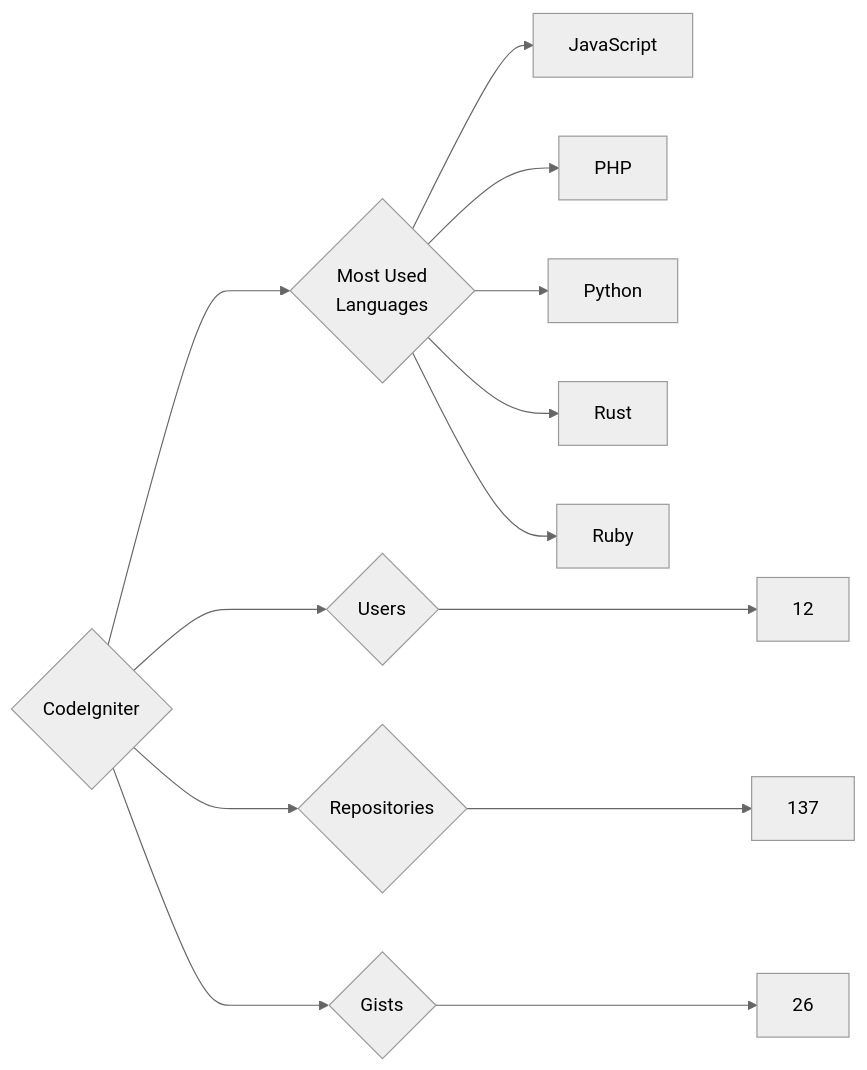
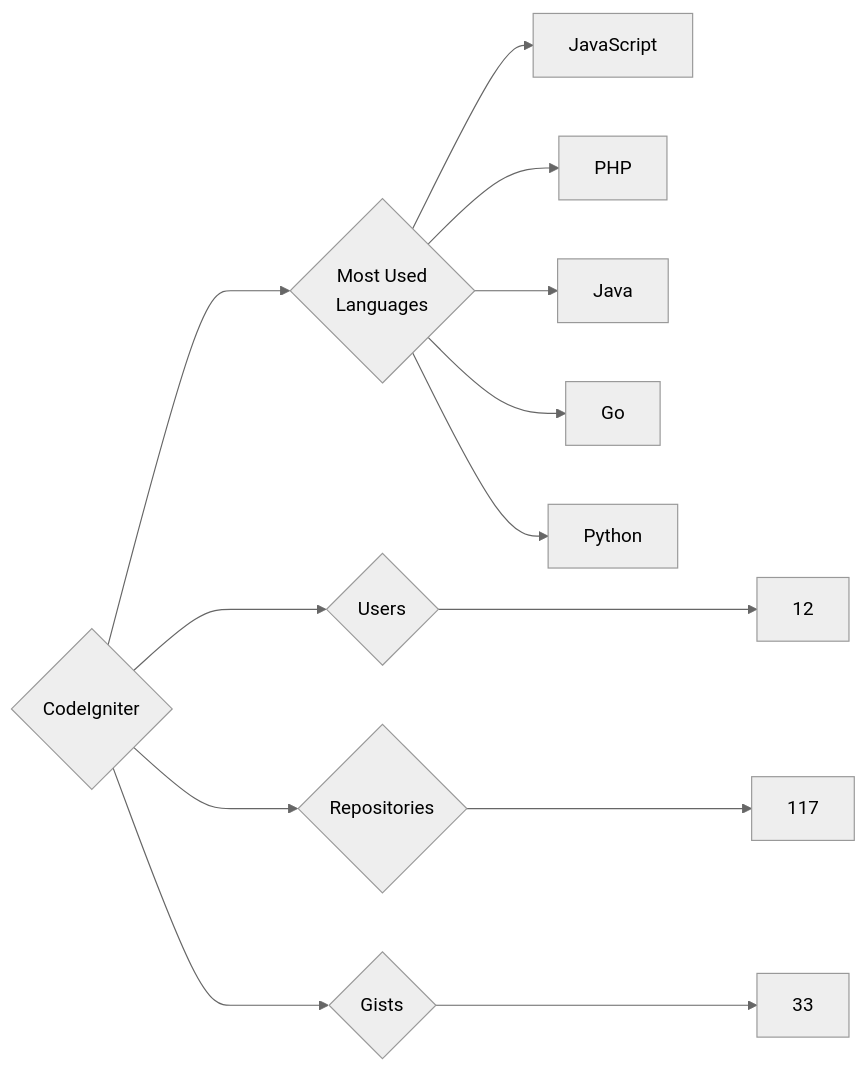
One commit to trickest/insiders changed the diagram in targets/CodeIgniter/README.md. Above: the diagram before and after it, drawn with Mermaid (neutral theme). The commit also changed 1238 other files, not shown here.

````diff
--- a/targets/CodeIgniter/README.md
+++ b/targets/CodeIgniter/README.md
@@ -3,13 +3,13 @@
 ```mermaid
 graph LR
 COMPANY_NAME{CodeIgniter}
 COMPANY_NAME ---> U{Users} ---> UN[12]
-COMPANY_NAME ---> R{Repositories} ---> RN[137]
-COMPANY_NAME ---> G{Gists} ---> GN[26]
+COMPANY_NAME ---> R{Repositories} ---> RN[117]
+COMPANY_NAME ---> G{Gists} ---> GN[33]
 COMPANY_NAME ---> ML{Most Used<br>Languages}
 ML --> JavaScript[JavaScript]
 ML --> PHP[PHP]
+ML --> Java[Java]
+ML --> Go[Go]
 ML --> Python[Python]
-ML --> Rust[Rust]
-ML --> Ruby[Ruby]
 ```
````
